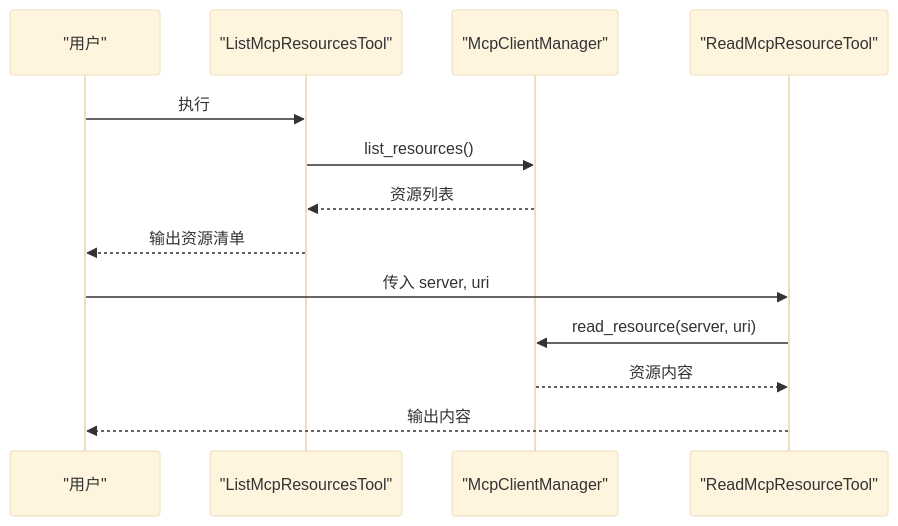
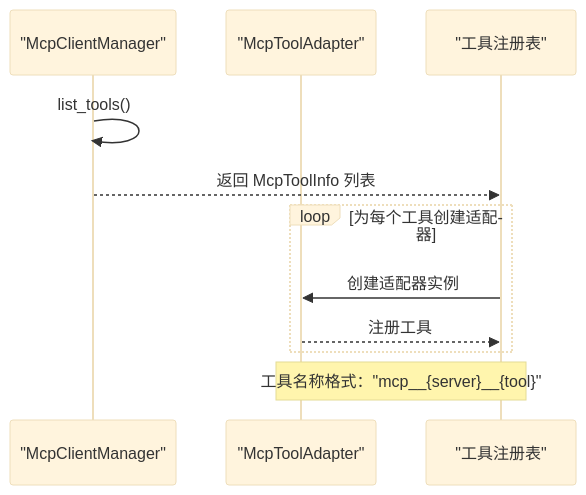
The fifth of 8 diagrams in .qoder/repowiki/zh/content/MCP 协议支持/MCP 协议支持.md (haolange/OpenHarness), drawn with Mermaid (base theme) before and after one commit. The commit also changed other lines of this file and 222 other files, not shown here.

````diff
--- a/.qoder/repowiki/zh/content/MCP 协议支持/MCP 协议支持.md
+++ b/.qoder/repowiki/zh/content/MCP 协议支持/MCP 协议支持.md
@@ -298,15 +266,13 @@
 ```mermaid
 sequenceDiagram
-participant User as "用户"
-participant ListTool as "ListMcpResourcesTool"
 participant Manager as "McpClientManager"
-User->>ListTool : 执行
-ListTool->>Manager : list_resources()
-Manager-->>ListTool : 资源列表
-ListTool-->>User : 输出资源清单
-participant ReadTool as "ReadMcpResourceTool"
-User->>ReadTool : 传入 server, uri
-ReadTool->>Manager : read_resource(server, uri)
-Manager-->>ReadTool : 资源内容
-ReadTool-->>User : 输出内容
+participant Adapter as "McpToolAdapter"
+participant Registry as "工具注册表"
+Manager->>Manager : list_tools()
+Manager-->>Registry : 返回 McpToolInfo 列表
+loop 为每个工具创建适配器
+Registry->>Adapter : 创建适配器实例
+Adapter-->>Registry : 注册工具
+end
+Note over Registry,Adapter : 工具名称格式："mcp__{server}__{tool}"
 ```
````
